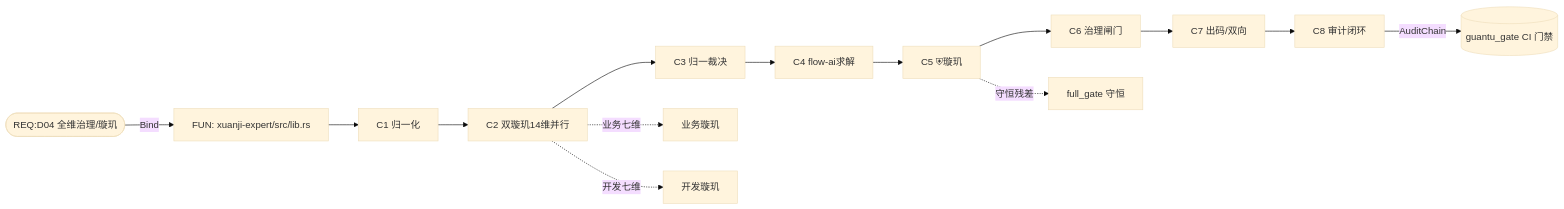
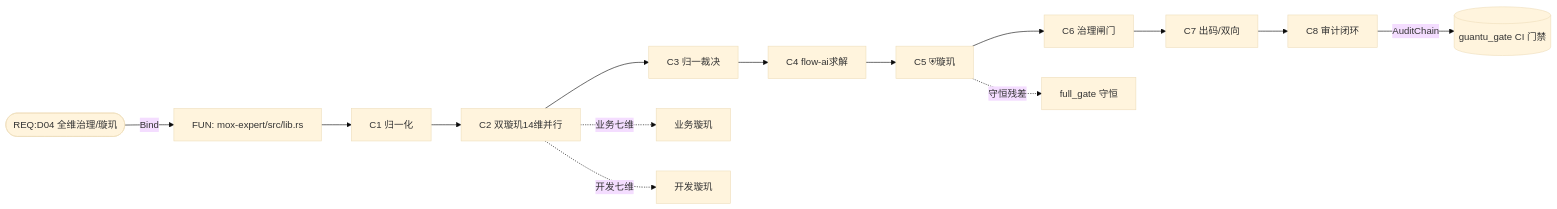
Before and after one commit to aikjx/mox: the diagram in docs/_archive/2026-08-16/璇玑-全维分析-TraceMatrix-六维绑定追溯.md, drawn with Mermaid (base theme). The commit also changed other lines of this file and 560 other files, not shown here.

Commit message:
chore(docs): 将 xuanji 重命名为 mox

````diff
--- a/docs/_archive/2026-08-16/璇玑-全维分析-TraceMatrix-六维绑定追溯.md
+++ b/docs/_archive/2026-08-16/璇玑-全维分析-TraceMatrix-六维绑定追溯.md
@@ -70,16 +70,16 @@
 ```mermaid
 flowchart LR
-  D04([REQ:D04 全维治理/璇玑]) -->|Bind| LIB[FUN: xuanji-expert/src/lib.rs]
+  D04([REQ:D04 全维治理/璇玑]) -->|Bind| LIB[FUN: mox-expert/src/lib.rs]
   LIB --> C1[C1 归一化]
   C1 --> C2[C2 双璇玑14维并行]
   C2 --> C3[C3 归一裁决]
   C3 --> C4[C4 flow-ai求解]
   C4 --> C5[C5 ⛨璇玑]
   C5 --> C6[C6 治理闸门]
   C6 --> C7[C7 出码/双向]
   C7 --> C8[C8 审计闭环]
   C8 -->|AuditChain| CI[(guantu_gate CI 门禁)]
   C2 -. 业务七维 .-> BIZ[业务璇玑]
   C2 -. 开发七维 .-> DEV[开发璇玑]
   C5 -. 守恒残差 .-> ALG[full_gate 守恒]
 ```
````
